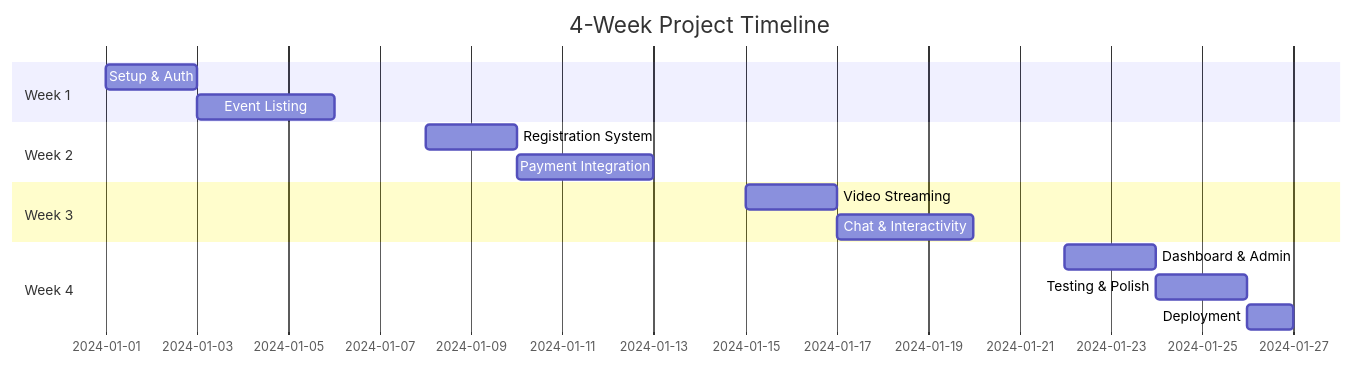
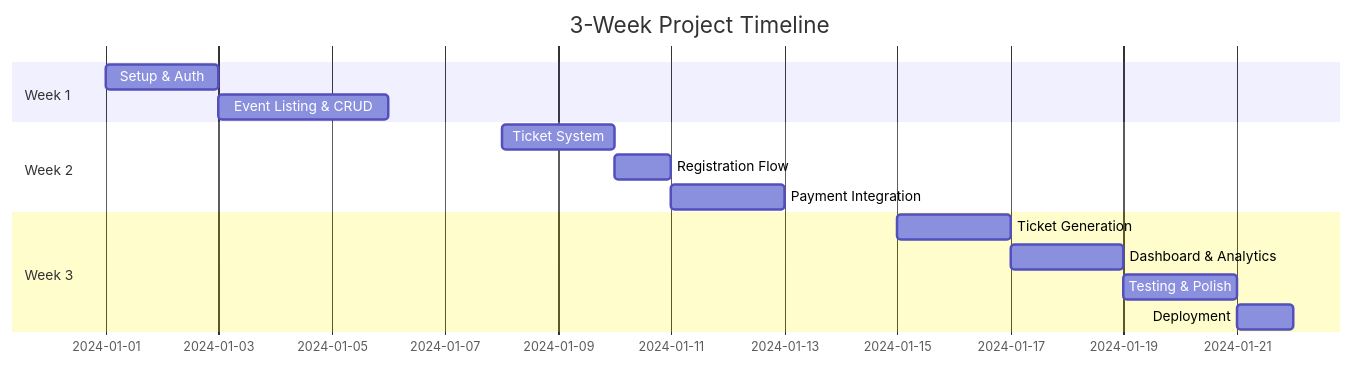
The sixth of 6 diagrams in Project/README.md (Deimos999/Web-dev), drawn with Mermaid before and after one commit. The commit also changed other lines of this file, not shown here.

Commit message:
Start of project structure in README

````diff
--- a/Project/README.md
+++ b/Project/README.md
@@ -529,18 +587,17 @@
 ```mermaid
 gantt
-    title 4-Week Project Timeline
+    title 3-Week Project Timeline
     dateFormat  YYYY-MM-DD
     section Week 1
     Setup & Auth           :w1t1, 2024-01-01, 2d
-    Event Listing         :w1t2, after w1t1, 3d
+    Event Listing & CRUD   :w1t2, after w1t1, 3d
     section Week 2
-    Registration System   :w2t1, 2024-01-08, 2d
-    Payment Integration   :w2t2, after w2t1, 3d
+    Ticket System          :w2t1, 2024-01-08, 2d
+    Registration Flow      :w2t2, after w2t1, 1d
+    Payment Integration    :w2t3, after w2t2, 2d
     section Week 3
-    Video Streaming       :w3t1, 2024-01-15, 2d
-    Chat & Interactivity  :w3t2, after w3t1, 3d
-    section Week 4
-    Dashboard & Admin     :w4t1, 2024-01-22, 2d
-    Testing & Polish      :w4t2, after w4t1, 2d
-    Deployment           :w4t3, after w4t2, 1d
+    Ticket Generation      :w3t1, 2024-01-15, 2d
+    Dashboard & Analytics  :w3t2, after w3t1, 2d
+    Testing & Polish       :w3t3, after w3t2, 2d
+    Deployment            :w3t4, after w3t3, 1d
 ```
````
